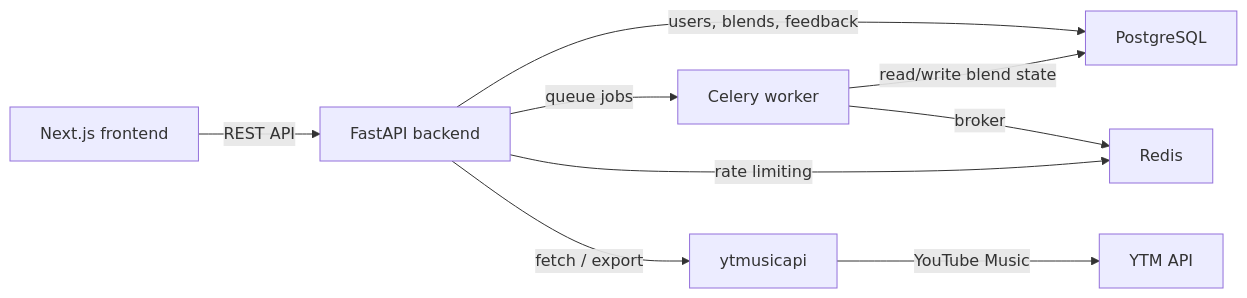
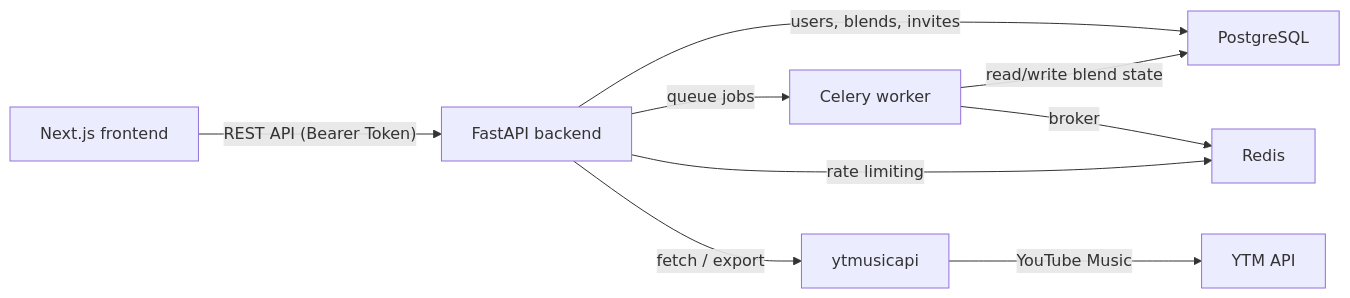
The diagram in README.md (Erebuzzz/merge-ytm), drawn with Mermaid before and after one commit. The commit also changed other lines of this file and 25 other files, not shown here.

Commit message:
refactor: streamline YouTube Music connection by removing legacy auth upload, implementing invite system, and enhancing OAuth flow

````diff
--- a/README.md
+++ b/README.md
@@ -42,11 +44,11 @@
 ```mermaid
 flowchart LR
-    A["Next.js frontend"] -->|"REST API"| B["FastAPI backend"]
-    B -->|"users, blends, feedback"| C["PostgreSQL"]
+    A["Next.js frontend"] -->|"REST API (Bearer Token)"| B["FastAPI backend"]
+    B -->|"users, blends, invites"| C["PostgreSQL"]
     B -->|"queue jobs"| D["Celery worker"]
     D -->|"broker"| E["Redis"]
     D -->|"read/write blend state"| C
     B -->|"rate limiting"| E
     B -->|"fetch / export"| F["ytmusicapi"]
     F -->|"YouTube Music"| G["YTM API"]
 ```
````
